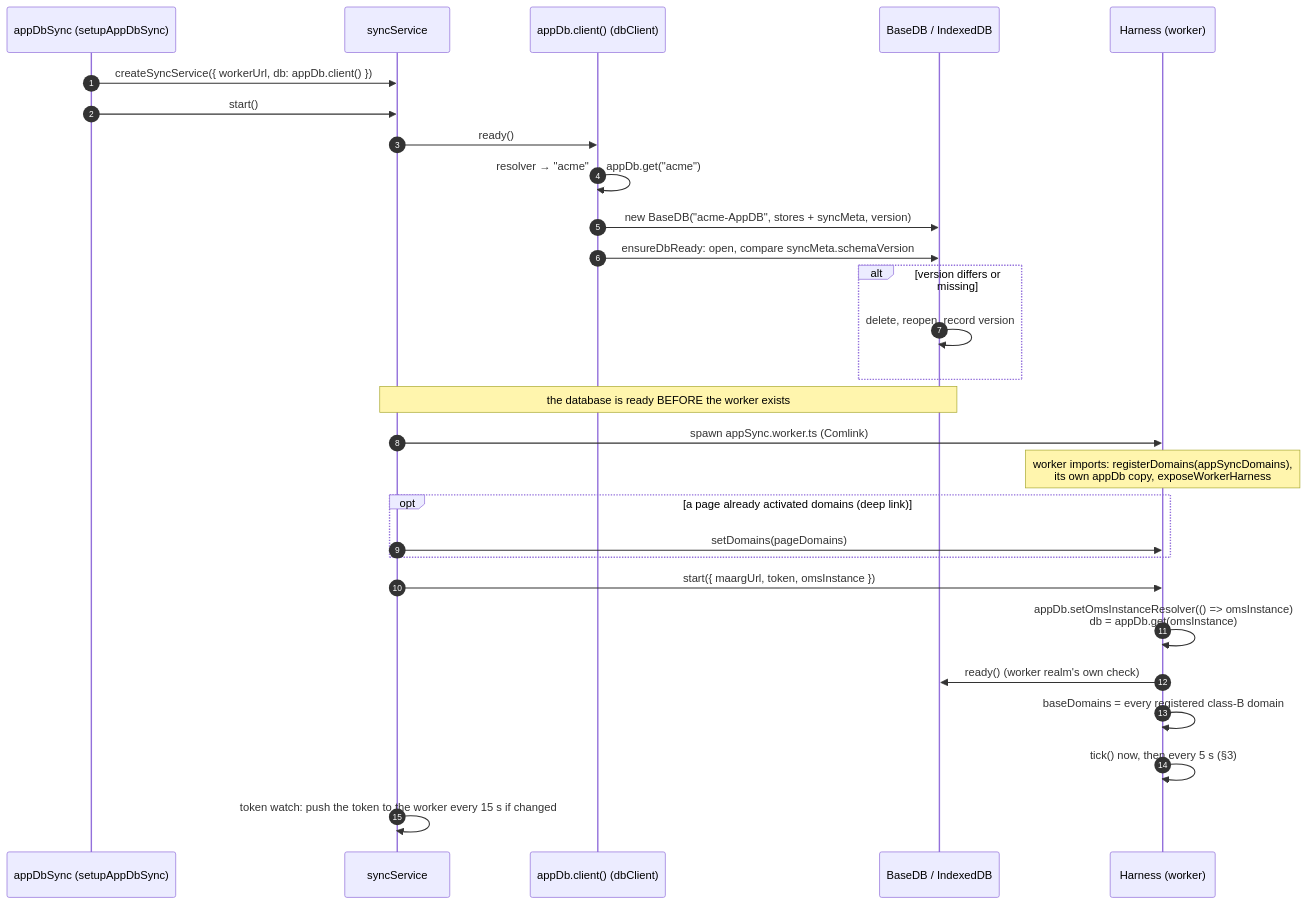
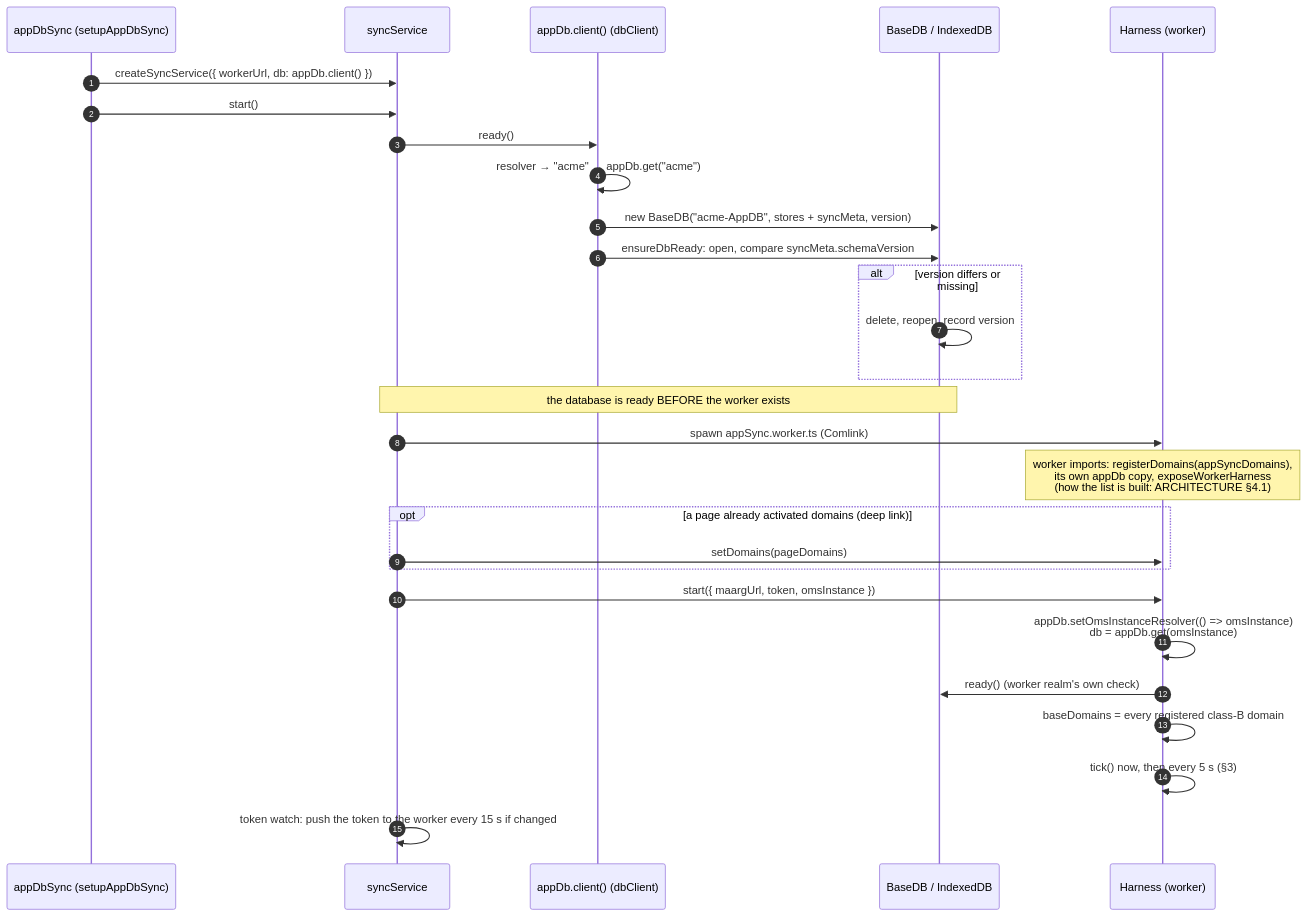
Before and after one commit to hotwax/accxui: the third of 11 diagrams in docs/APP_DB_SYNC_FLOWS.md, drawn with Mermaid. The commit also changed other lines of this file and 1 other file, not shown here.

````diff
--- a/docs/APP_DB_SYNC_FLOWS.md
+++ b/docs/APP_DB_SYNC_FLOWS.md
@@ -77,31 +77,31 @@
 ```mermaid
 sequenceDiagram
     autonumber
     participant SAS as appDbSync (setupAppDbSync)
     participant SS as syncService
     participant C as appDb.client() (dbClient)
     participant DB as BaseDB / IndexedDB
     participant H as Harness (worker)
 
     SAS->>SS: createSyncService({ workerUrl, db: appDb.client() })
     SAS->>SS: start()
     SS->>C: ready()
     C->>C: resolver → "acme" → appDb.get("acme")
     C->>DB: new BaseDB("acme-AppDB", stores + syncMeta, version)
     C->>DB: ensureDbReady: open, compare syncMeta.schemaVersion
     alt version differs or missing
         DB->>DB: delete, reopen, record version
     end
     Note over SS,DB: the database is ready BEFORE the worker exists
     SS->>H: spawn appSync.worker.ts (Comlink)
-    Note over H: worker imports: registerDomains(appSyncDomains),<br/>its own appDb copy, exposeWorkerHarness
+    Note over H: worker imports: registerDomains(appSyncDomains),<br/>its own appDb copy, exposeWorkerHarness<br/>(how the list is built: ARCHITECTURE §4.1)
     opt a page already activated domains (deep link)
         SS->>H: setDomains(pageDomains)
     end
     SS->>H: start({ maargUrl, token, omsInstance })
     H->>H: appDb.setOmsInstanceResolver(() => omsInstance)<br/>db = appDb.get(omsInstance)
     H->>DB: ready() (worker realm's own check)
     H->>H: baseDomains = every registered class-B domain
     H->>H: tick() now, then every 5 s (§3)
     SS->>SS: token watch: push the token to the worker every 15 s if changed
 ```
````
